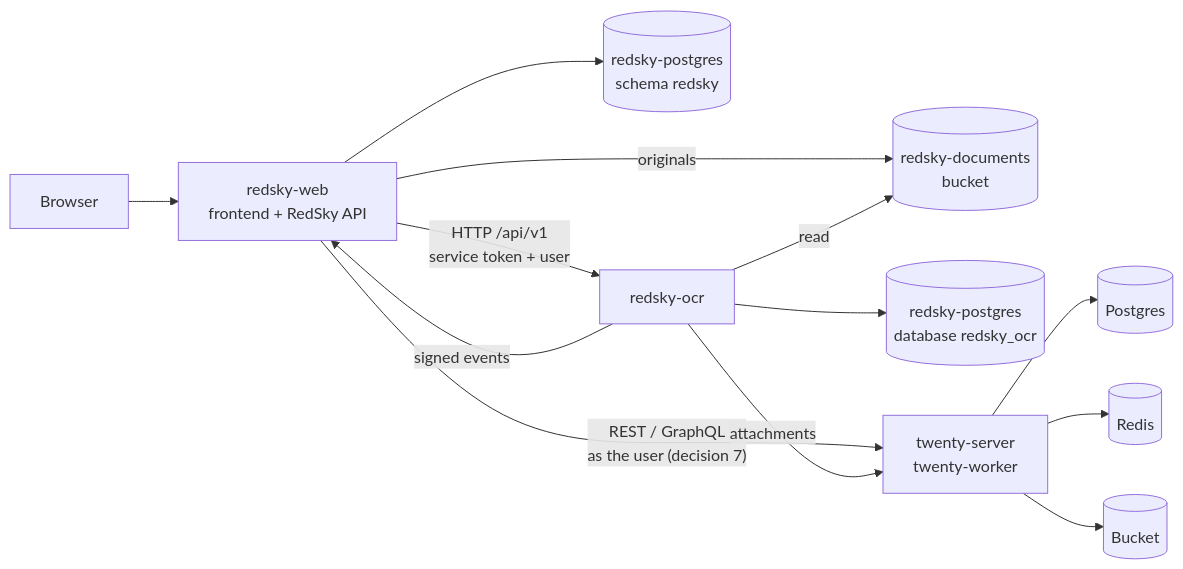
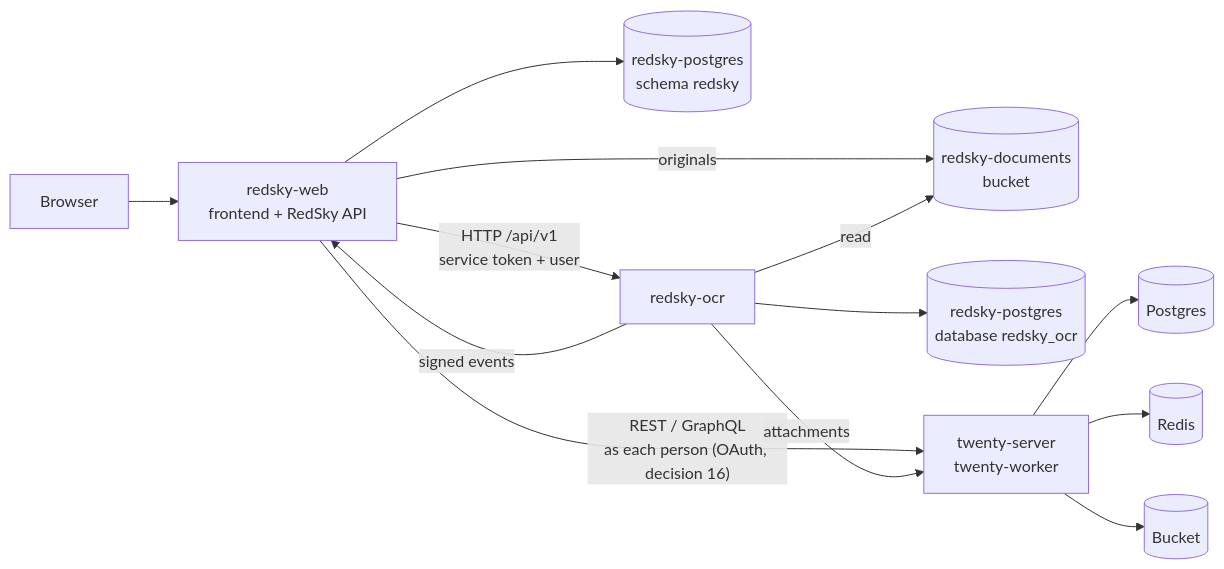
One commit to cody-rsm/redsky-core changed the diagram in docs/ARCHITECTURE.md. Above: the diagram before and after it, drawn with Mermaid. The commit also changed other lines of this file and 7 other files, not shown here.

First line of the commit message:
Record Twenty as the CRM back end and per-person OAuth (decisions 15, 16)

````diff
--- a/docs/ARCHITECTURE.md
+++ b/docs/ARCHITECTURE.md
@@ -36,15 +36,15 @@
 ```mermaid
 flowchart LR
   B["Browser"] --> WEB["redsky-web<br/>frontend + RedSky API"]
   WEB --> RPG[("redsky-postgres<br/>schema redsky")]
   WEB -->|"originals"| DOCS[("redsky-documents<br/>bucket")]
   WEB -->|"HTTP /api/v1<br/>service token + user"| OCR["redsky-ocr"]
   OCR -->|"signed events"| WEB
   OCR --> OPG[("redsky-postgres<br/>database redsky_ocr")]
   OCR -->|"read"| DOCS
-  WEB -->|"REST / GraphQL<br/>as the user (decision 7)"| TW["twenty-server<br/>twenty-worker"]
+  WEB -->|"REST / GraphQL<br/>as each person (OAuth, decision 16)"| TW["twenty-server<br/>twenty-worker"]
   OCR -->|"attachments"| TW
   TW --> TPG[("Postgres")]
   TW --> R[("Redis")]
   TW --> TB[("Bucket")]
 ```
````
